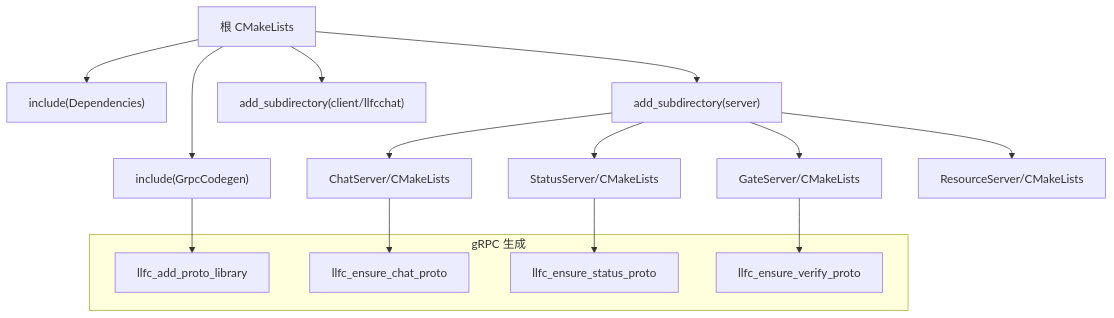
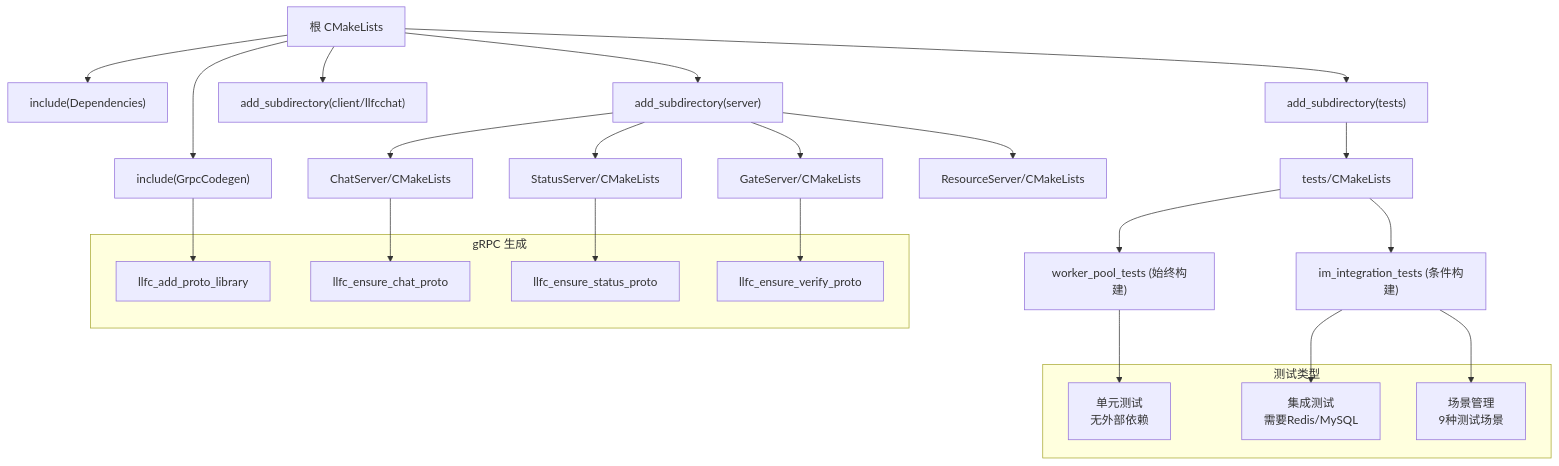
The second of 5 diagrams in .qoder/repowiki/zh/content/部署运维/服务部署/构建系统.md (echo9923/mychatter), drawn with Mermaid before and after one commit. The commit also changed other lines of this file and 54 other files, not shown here.

````diff
--- a/.qoder/repowiki/zh/content/部署运维/服务部署/构建系统.md
+++ b/.qoder/repowiki/zh/content/部署运维/服务部署/构建系统.md
@@ -87,21 +112,33 @@
 ```mermaid
 graph TB
 A["根 CMakeLists"] --> B["include(Dependencies)"]
 A --> C["include(GrpcCodegen)"]
 A --> D["add_subdirectory(server)"]
 A --> E["add_subdirectory(client/llfcchat)"]
-D --> F["GateServer/CMakeLists"]
-D --> G["StatusServer/CMakeLists"]
-D --> H["ChatServer/CMakeLists"]
-D --> I["ResourceServer/CMakeLists"]
+A --> F["add_subdirectory(tests)"]
+D --> G["GateServer/CMakeLists"]
+D --> H["StatusServer/CMakeLists"]
+D --> I["ChatServer/CMakeLists"]
+D --> J["ResourceServer/CMakeLists"]
+F --> K["tests/CMakeLists"]
+K --> L["worker_pool_tests (始终构建)"]
+K --> M["im_integration_tests (条件构建)"]
 subgraph "gRPC 生成"
-J["llfc_add_proto_library"]
-K["llfc_ensure_chat_proto"]
-L["llfc_ensure_status_proto"]
-M["llfc_ensure_verify_proto"]
+N["llfc_add_proto_library"]
+O["llfc_ensure_chat_proto"]
+P["llfc_ensure_status_proto"]
+Q["llfc_ensure_verify_proto"]
 end
-C --> J
-H --> K
-G --> L
-F --> M
+C --> N
+I --> O
+H --> P
+G --> Q
+subgraph "测试类型"
+R["单元测试<br/>无外部依赖"]
+S["集成测试<br/>需要Redis/MySQL"]
+T["场景管理<br/>9种测试场景"]
+end
+L --> R
+M --> S
+M --> T
 ```
````
